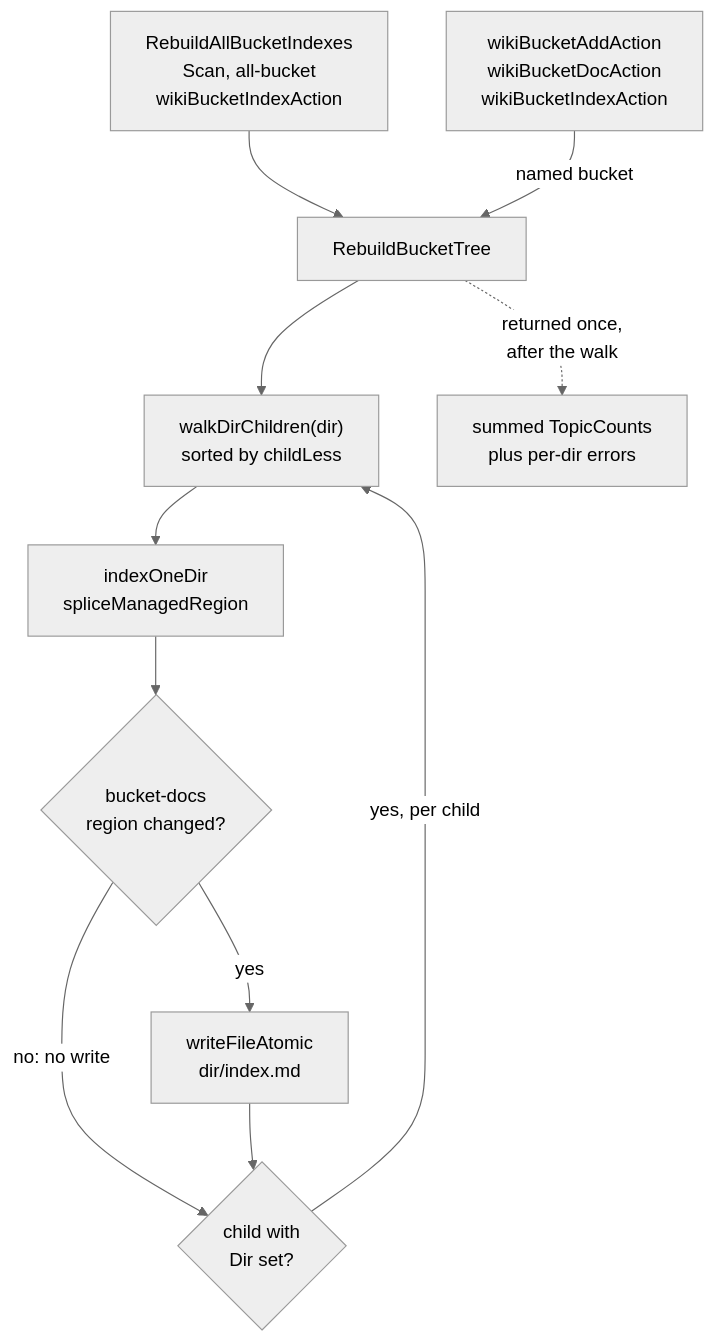
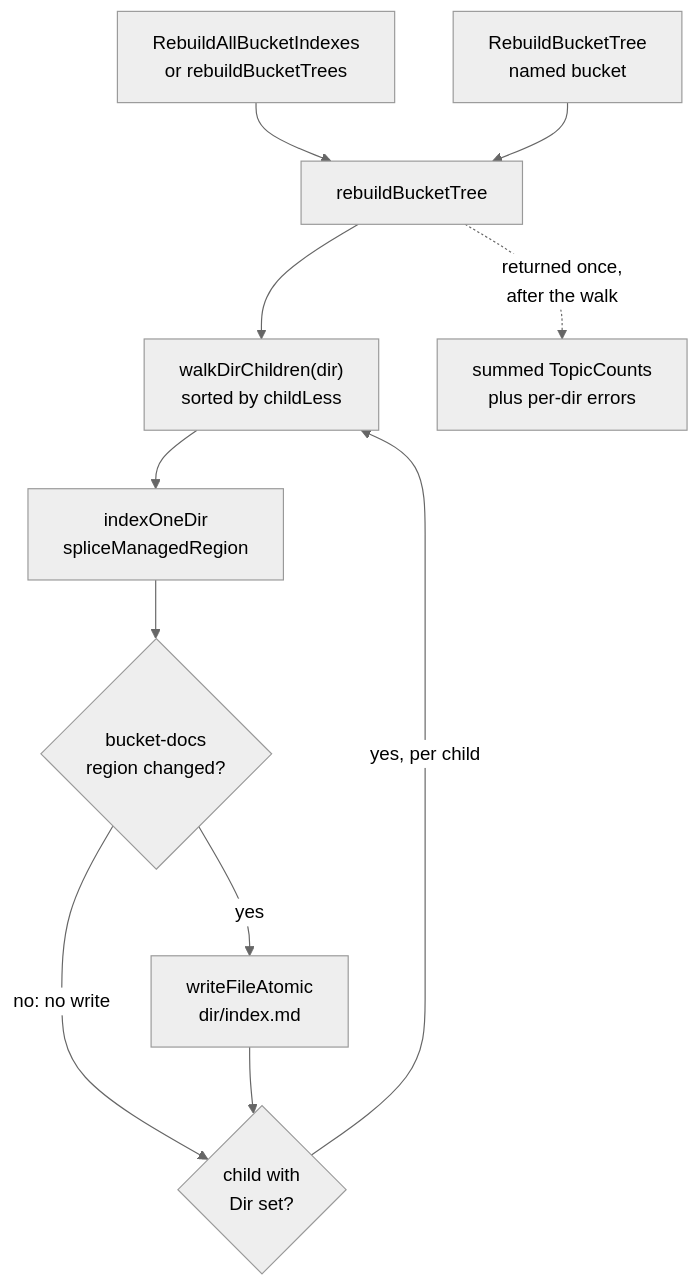
Before and after one commit to damusix/atomic-claude: diagram 12 of 15 in docs/wiki/wiki.md, drawn with Mermaid (neutral theme). The commit also changed other lines of this file and 145 other files, not shown here.

````diff
--- a/docs/wiki/wiki.md
+++ b/docs/wiki/wiki.md
@@ -230,14 +362,14 @@
 ```mermaid
 flowchart TD
     %% source: atomic/internal/wiki/bucketindex.go, atomic/internal/wiki/action.go, atomic/internal/wiki/wiki.go, atomic/internal/wiki/registry.go
-    ALL["RebuildAllBucketIndexes<br/>Scan, all-bucket<br/>wikiBucketIndexAction"] --> RBT["RebuildBucketTree"]
-    ONE["wikiBucketAddAction<br/>wikiBucketDocAction<br/>wikiBucketIndexAction"] -->|"named bucket"| RBT
+    ALL["RebuildAllBucketIndexes<br/>or rebuildBucketTrees"] --> RBT["rebuildBucketTree"]
+    ONE["RebuildBucketTree<br/>named bucket"] --> RBT
     RBT --> WDC["walkDirChildren(dir)<br/>sorted by childLess"]
     WDC --> IOD["indexOneDir<br/>spliceManagedRegion"]
     IOD --> CH{"bucket-docs<br/>region changed?"}
     CH -->|"yes"| WFA["writeFileAtomic<br/>dir/index.md"]
     CH -->|"no: no write"| SUB{"child with<br/>Dir set?"}
     WFA --> SUB
     SUB -->|"yes, per child"| WDC
     RBT -.->|"returned once,<br/>after the walk"| SUM["summed TopicCounts<br/>plus per-dir errors"]
 ```
````
